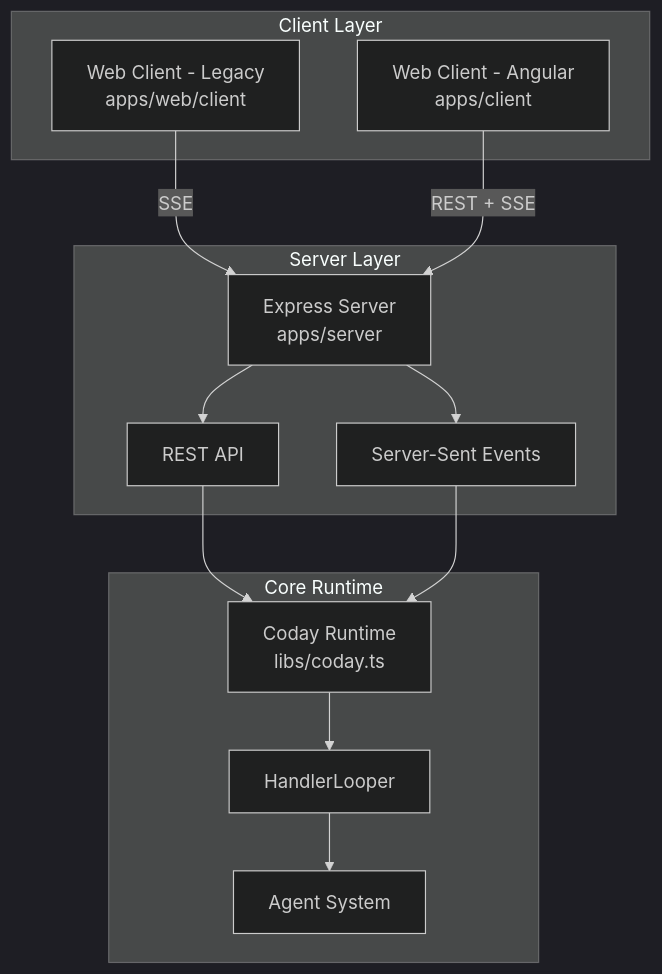
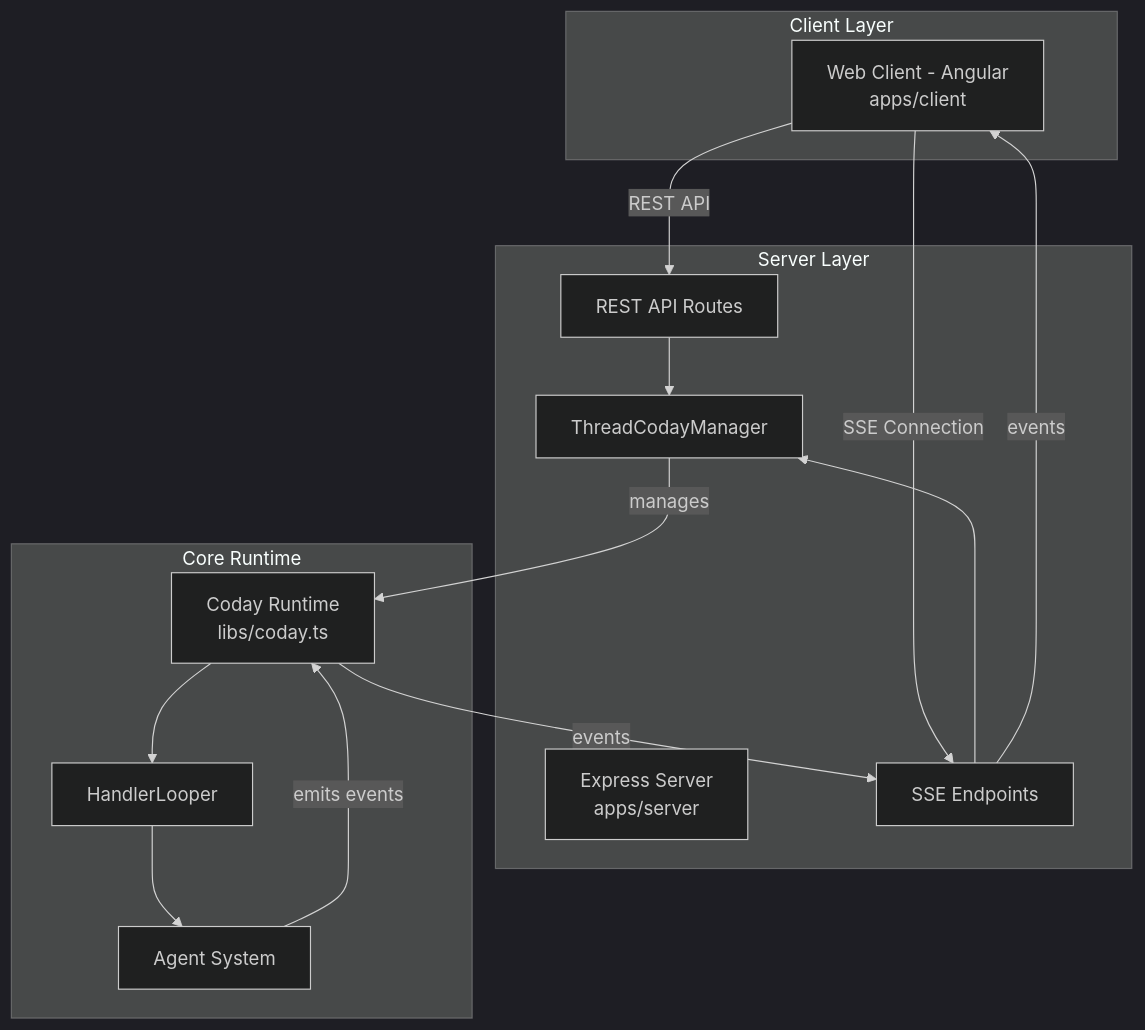
Before and after one commit to whoz-oss/coday: the first of 4 diagrams in docs/to-rework/ARCHITECTURE.md, drawn with Mermaid (dark theme). The commit also changed other lines of this file, not shown here.

First line of the commit message:
docs: major ARCHITECTURE.md rewrite - current state and patterns

````diff
--- a/docs/to-rework/ARCHITECTURE.md
+++ b/docs/to-rework/ARCHITECTURE.md
@@ -7,28 +7,30 @@
 ```mermaid
 graph TB
     subgraph "Client Layer"
-        WebLegacy[Web Client - Legacy<br/>apps/web/client]
-        WebAngular[Web Client - Angular<br/>apps/client]
+        WebClient[Web Client - Angular<br/>apps/client]
     end
     
     subgraph "Server Layer"
         WebServer[Express Server<br/>apps/server]
-        RestAPI[REST API]
-        SSE[Server-Sent Events]
+        RestAPI[REST API Routes]
+        SSE[SSE Endpoints]
+        ThreadManager[ThreadCodayManager]
     end
     
     subgraph "Core Runtime"
         Coday[Coday Runtime<br/>libs/coday.ts]
         HandlerLooper
         Agents[Agent System]
     end
     
-    WebLegacy -->|SSE| WebServer
-    WebAngular -->|REST + SSE| WebServer
-    WebServer --> RestAPI
-    WebServer --> SSE
-    RestAPI --> Coday
-    SSE --> Coday
+    WebClient -->|REST API| RestAPI
+    WebClient -->|SSE Connection| SSE
+    RestAPI --> ThreadManager
+    SSE --> ThreadManager
+    ThreadManager -->|manages| Coday
     Coday --> HandlerLooper
     HandlerLooper --> Agents
+    Agents -->|emits events| Coday
+    Coday -->|events| SSE
+    SSE -->|events| WebClient
 ```
````
